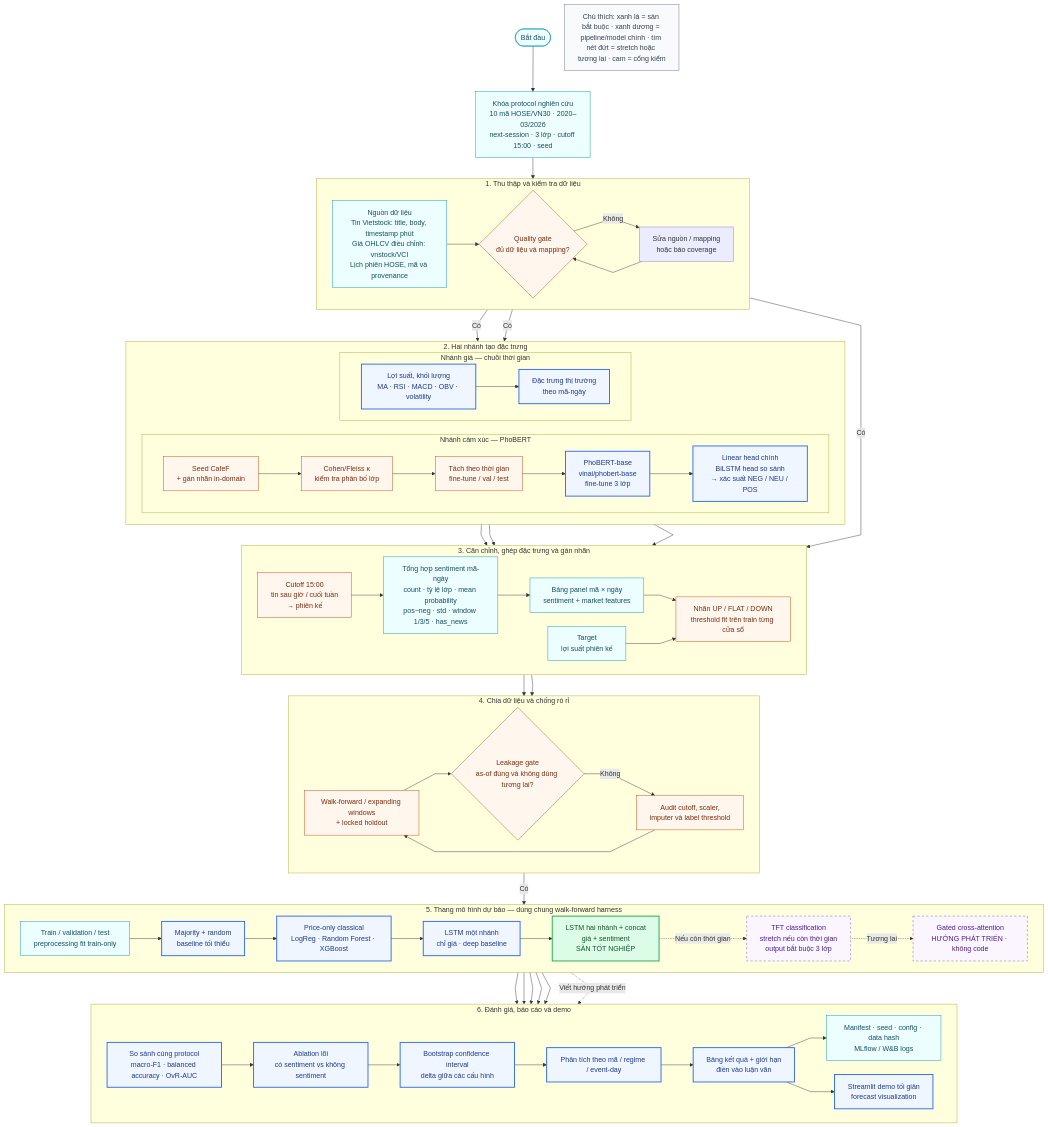
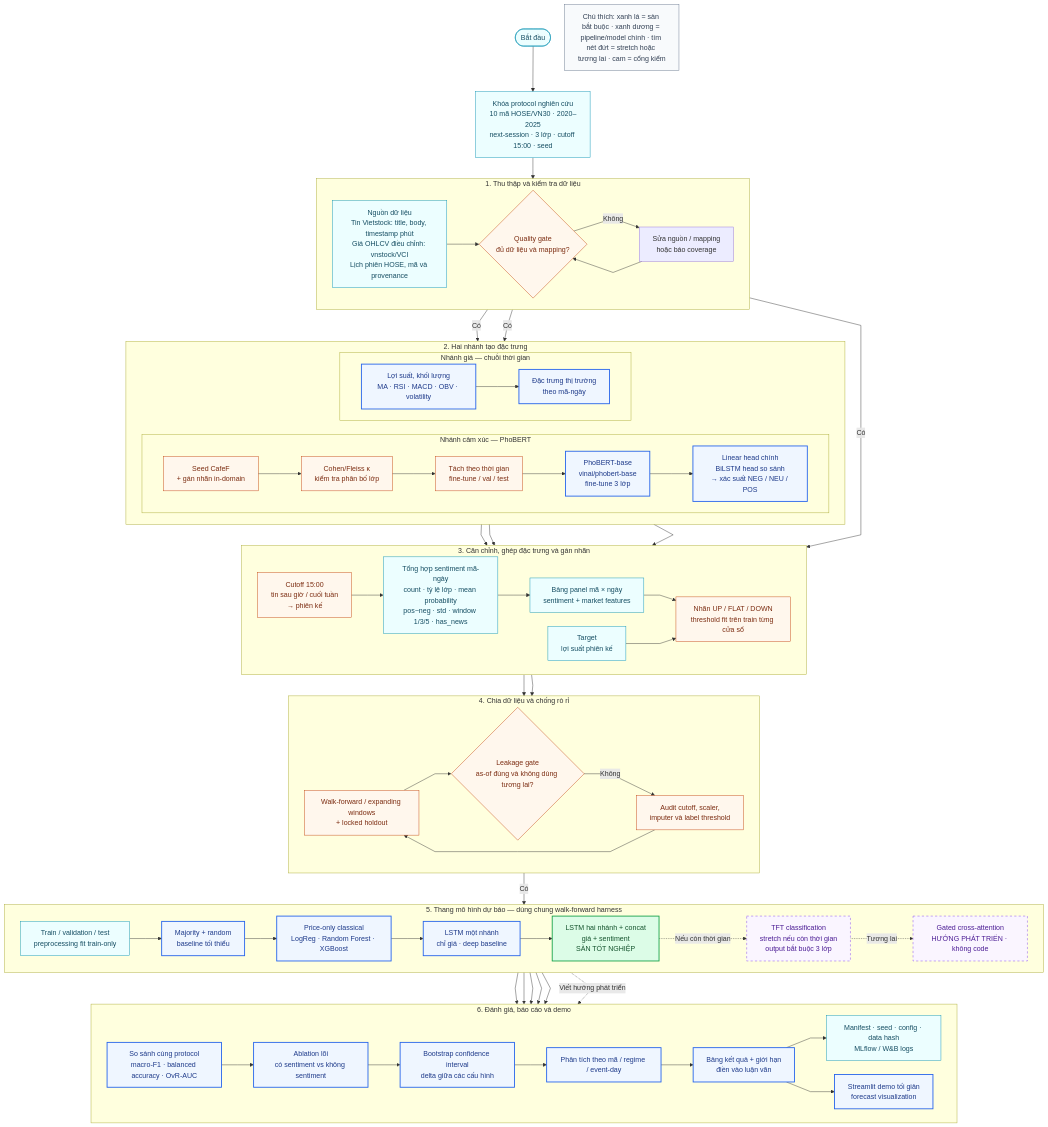
Before and after one commit to nphuoctho/stock-trend-forecasting: the diagram in docs/architecture-models-flow.mmd, drawn with Mermaid. The commit also changed 4 other files, not shown here.

```diff
--- a/docs/architecture-models-flow.mmd
+++ b/docs/architecture-models-flow.mmd
@@ -1,123 +1,123 @@
 ---
 config:
   flowchart:
     curve: linear
     nodeSpacing: 32
     rankSpacing: 48
 ---
 %% Tổng quan kiến trúc và pipeline của đồ án tốt nghiệp.
 %% Bản chi tiết về protocol, cổng chất lượng và cổng chống rò rỉ:
 %% thesis-end-to-end-flow.mmd
 flowchart TB
-  start([Bắt đầu]) --> protocol[Khóa protocol nghiên cứu<br/>10 mã HOSE/VN30 · 2020–03/2026<br/>next-session · 3 lớp · cutoff 15:00 · seed]
+  start([Bắt đầu]) --> protocol[Khóa protocol nghiên cứu<br/>10 mã HOSE/VN30 · 2020–2025<br/>next-session · 3 lớp · cutoff 15:00 · seed]
 
   subgraph S0[1. Thu thập và kiểm tra dữ liệu]
     direction LR
     sources[Nguồn dữ liệu<br/>Tin Vietstock: title, body, timestamp phút<br/>Giá OHLCV điều chỉnh: vnstock/VCI<br/>Lịch phiên HOSE, mã và provenance]
     quality{Quality gate<br/>đủ dữ liệu và mapping?}
     quality_fix[Sửa nguồn / mapping<br/>hoặc báo coverage]
     sources --> quality
     quality -->|Không| quality_fix --> quality
   end
 
   subgraph S1[2. Hai nhánh tạo đặc trưng]
     direction LR
     subgraph SENT[Nhánh cảm xúc — PhoBERT]
       direction LR
       annotate[Seed CafeF<br/>+ gán nhãn in-domain]
       agreement[Cohen/Fleiss κ<br/>kiểm tra phân bố lớp]
       sent_split[Tách theo thời gian<br/>fine-tune / val / test]
       phobert[PhoBERT-base<br/>vinai/phobert-base<br/>fine-tune 3 lớp]
       infer[Linear head chính<br/>BiLSTM head so sánh<br/>→ xác suất NEG / NEU / POS]
       annotate --> agreement --> sent_split --> phobert --> infer
     end
     subgraph MARKET[Nhánh giá — chuỗi thời gian]
       direction LR
       technical[Lợi suất, khối lượng<br/>MA · RSI · MACD · OBV · volatility]
       price_features[Đặc trưng thị trường<br/>theo mã-ngày]
       technical --> price_features
     end
   end
 
   subgraph S2[3. Căn chỉnh, ghép đặc trưng và gán nhãn]
     direction LR
     cutoff[Cutoff 15:00<br/>tin sau giờ / cuối tuần<br/>→ phiên kế]
     daily[Tổng hợp sentiment mã-ngày<br/>count · tỷ lệ lớp · mean probability<br/>pos−neg · std · window 1/3/5 · has_news]
     panel[Bảng panel mã × ngày<br/>sentiment + market features]
     target[Target<br/>lợi suất phiên kế]
     label[Nhãn UP / FLAT / DOWN<br/>threshold fit trên train từng cửa sổ]
     cutoff --> daily --> panel --> label
     target --> label
   end
 
   subgraph S3[4. Chia dữ liệu và chống rò rỉ]
     direction LR
     split[Walk-forward / expanding windows<br/>+ locked holdout]
     leak_gate{Leakage gate<br/>as-of đúng và không dùng tương lai?}
     leak_fix[Audit cutoff, scaler,<br/>imputer và label threshold]
     split --> leak_gate
     leak_gate -->|Không| leak_fix --> split
   end
 
   subgraph S4[5. Thang mô hình dự báo — dùng chung walk-forward harness]
     direction LR
     model_input[Train / validation / test<br/>preprocessing fit train-only]
     majority[Majority + random<br/>baseline tối thiểu]
     classical[Price-only classical<br/>LogReg · Random Forest · XGBoost]
     price_lstm[LSTM một nhánh<br/>chỉ giá · deep baseline]
     fusion_lstm[LSTM hai nhánh + concat<br/>giá + sentiment<br/>SÀN TỐT NGHIỆP]
     tft[TFT classification<br/>stretch nếu còn thời gian<br/>output bắt buộc 3 lớp]
     cross_attention[Gated cross-attention<br/>HƯỚNG PHÁT TRIỂN · không code]
     model_input --> majority --> classical --> price_lstm --> fusion_lstm
     fusion_lstm -.Nếu còn thời gian.-> tft
     tft -.Tương lai.-> cross_attention
   end
 
   subgraph S5[6. Đánh giá, báo cáo và demo]
     direction LR
     metrics[So sánh cùng protocol<br/>macro-F1 · balanced accuracy · OvR-AUC]
     ablation[Ablation lõi<br/>có sentiment vs không sentiment]
     ci[Bootstrap confidence interval<br/>delta giữa các cấu hình]
     robustness[Phân tích theo mã / regime / event-day]
     report[Bảng kết quả + giới hạn<br/>điền vào luận văn]
     artifacts[Manifest · seed · config · data hash<br/>MLflow / W&B logs]
     demo[Streamlit demo tối giản<br/>forecast visualization]
     metrics --> ablation --> ci --> robustness --> report
     report --> artifacts
     report --> demo
   end
 
   protocol --> sources
   quality -->|Có| annotate
   quality -->|Có| technical
   quality -->|Có| cutoff
   infer --> daily
   price_features --> panel
   price_features --> target
   panel --> split
   label --> split
   leak_gate -->|Có| model_input
   majority --> metrics
   classical --> metrics
   price_lstm --> metrics
   fusion_lstm --> metrics
   tft --> metrics
   cross_attention -.Viết hướng phát triển.-> report
 
   legend[Chú thích: xanh lá = sàn bắt buộc · xanh dương = pipeline/model chính · tím nét đứt = stretch hoặc tương lai · cam = cổng kiểm]
 
   classDef data fill:#ecfeff,stroke:#0891b2,color:#164e63;
   classDef model fill:#eff6ff,stroke:#2563eb,stroke-width:2px,color:#1e3a8a;
   classDef floor fill:#dcfce7,stroke:#16a34a,stroke-width:2px,color:#14532d;
   classDef stretch fill:#faf5ff,stroke:#7c3aed,stroke-dasharray:5 5,color:#4c1d95;
   classDef proc fill:#fff7ed,stroke:#c2410c,color:#7c2d12;
   classDef note fill:#f8fafc,stroke:#64748b,color:#334155;
 
   class start,protocol,sources data;
   class daily,panel,target,model_input,artifacts data;
   class phobert,infer,technical,price_features,majority,classical,price_lstm,metrics,ablation,ci,robustness,report,demo model;
   class fusion_lstm floor;
   class tft,cross_attention stretch;
   class annotate,agreement,sent_split,cutoff,label,split,leak_fix proc;
   class quality,leak_gate proc;
   class legend note;
```
